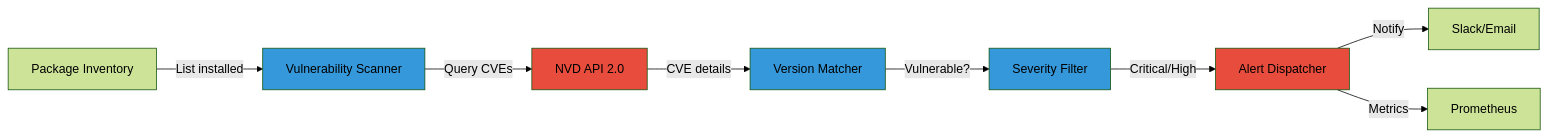
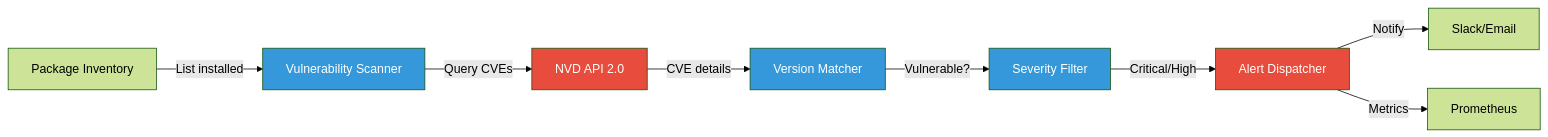
The diagram in src/posts/2024-01-30-python-vulnerability-scanner-automation.md (williamzujkowski/williamzujkowski.github.io), drawn with Mermaid (forest theme) before and after one commit. The commit also changed 40 other files, not shown here.

First line of the commit message:
fix(blog): add explicit text color to all mermaid classDef/style (#171)

````diff
--- a/src/posts/2024-01-30-python-vulnerability-scanner-automation.md
+++ b/src/posts/2024-01-30-python-vulnerability-scanner-automation.md
@@ -63,16 +63,16 @@
 ```mermaid
 flowchart LR
     Inventory[Package Inventory] -->|List installed| Scanner[Vulnerability Scanner]
     Scanner -->|Query CVEs| NVD[NVD API 2.0]
     NVD -->|CVE details| Matcher[Version Matcher]
     Matcher -->|Vulnerable?| Filter[Severity Filter]
     Filter -->|Critical/High| Alerts[Alert Dispatcher]
     Alerts -->|Notify| Slack[Slack/Email]
     Alerts -->|Metrics| Prom[Prometheus]
 
-    classDef core fill:#3498db
-    classDef external fill:#e74c3c
+    classDef core fill:#3498db,color:#fff
+    classDef external fill:#e74c3c,color:#fff
 
     class Scanner,Matcher,Filter core
     class NVD,Alerts external
 ```
````
